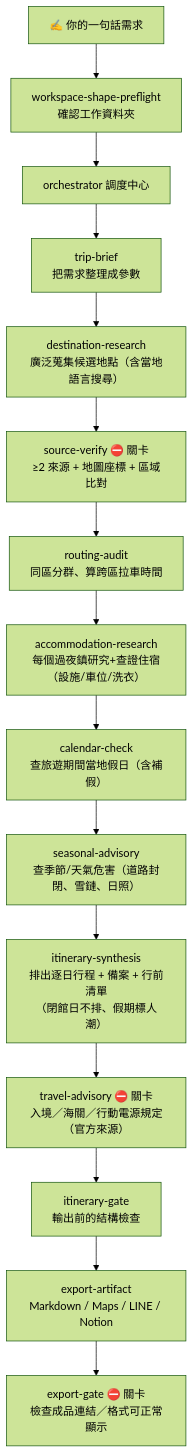
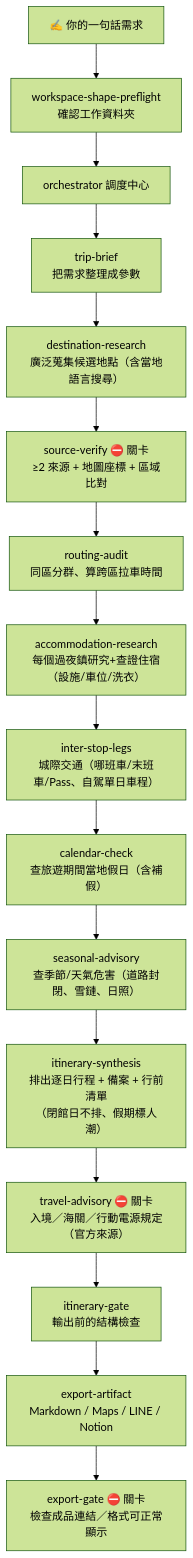
Before and after one commit to helping-ai-workflow/tripwork: the diagram in README.md, drawn with Mermaid (forest theme). The commit also changed other lines of this file, not shown here.

Commit message:
docs(readme): add inter-stop-legs to pipeline, pain/§3/§4 rows

````diff
--- a/README.md
+++ b/README.md
@@ -97,18 +98,19 @@
 ```mermaid
 flowchart TB
     P["✍️ 你的一句話需求"]
     P --> WSP["workspace-shape-preflight<br/>確認工作資料夾"]
     WSP --> ORC["orchestrator 調度中心"]
     ORC --> TB["trip-brief<br/>把需求整理成參數"]
     TB --> DR["destination-research<br/>廣泛蒐集候選地點（含當地語言搜尋）"]
     DR --> SV["source-verify ⛔ 關卡<br/>≥2 來源 + 地圖座標 + 區域比對"]
     SV --> RA["routing-audit<br/>同區分群、算跨區拉車時間"]
     RA --> ACC["accommodation-research<br/>每個過夜鎮研究+查證住宿（設施/車位/洗衣）"]
-    ACC --> CAL["calendar-check<br/>查旅遊期間當地假日（含補假）"]
+    ACC --> LEG["inter-stop-legs<br/>城際交通（哪班車/末班車/Pass、自駕單日車程）"]
+    LEG --> CAL["calendar-check<br/>查旅遊期間當地假日（含補假）"]
     CAL --> SEA["seasonal-advisory<br/>查季節/天氣危害（道路封閉、雪鏈、日照）"]
     SEA --> SYN["itinerary-synthesis<br/>排出逐日行程 + 備案 + 行前清單<br/>（閉館日不排、假期標人潮）"]
     SYN --> ADV["travel-advisory ⛔ 關卡<br/>入境／海關／行動電源規定（官方來源）"]
     ADV --> GATE["itinerary-gate<br/>輸出前的結構檢查"]
     GATE --> EXP["export-artifact<br/>Markdown / Maps / LINE / Notion"]
     EXP --> EGATE["export-gate ⛔ 關卡<br/>檢查成品連結／格式可正常顯示"]
 ```
````
